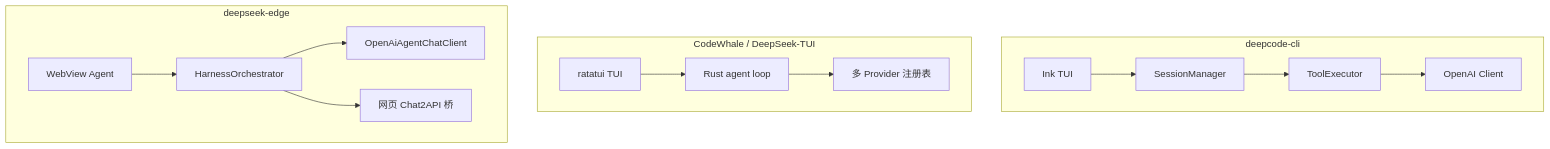
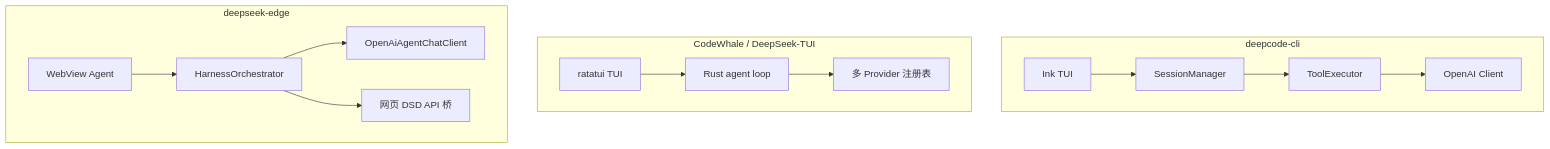
The diagram in docs/AGENT_COMPARISON.md (fanstars2318/deepseek-desktop), drawn with Mermaid before and after one commit. The commit also changed 359 other files, not shown here.

First line of the commit message:
Release v2.3.0: DSD API migration and API management stack.

````diff
--- a/docs/AGENT_COMPARISON.md
+++ b/docs/AGENT_COMPARISON.md
@@ -29,27 +29,27 @@
 ```mermaid
 flowchart TB
   subgraph dc [deepcode-cli]
     Ink[Ink TUI]
     SM[SessionManager]
     TE[ToolExecutor]
     OAI[OpenAI Client]
     Ink --> SM --> TE --> OAI
   end
 
   subgraph cw [CodeWhale / DeepSeek-TUI]
     Rat[ratatui TUI]
     Agent[Rust agent loop]
     Prov[多 Provider 注册表]
     Rat --> Agent --> Prov
   end
 
   subgraph edge [deepseek-edge]
     WV[WebView Agent]
     HO[HarnessOrchestrator]
     OAI2[OpenAiAgentChatClient]
-    Web[网页 Chat2API 桥]
+    Web[网页 DSD API 桥]
     WV --> HO
     HO --> OAI2
     HO --> Web
   end
 ```
````
